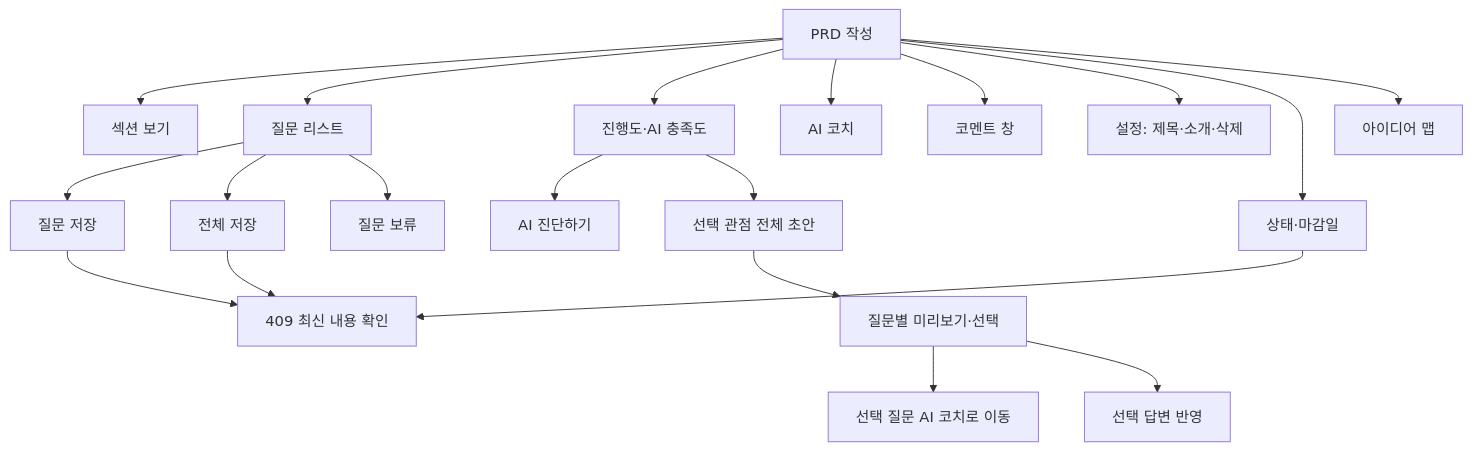
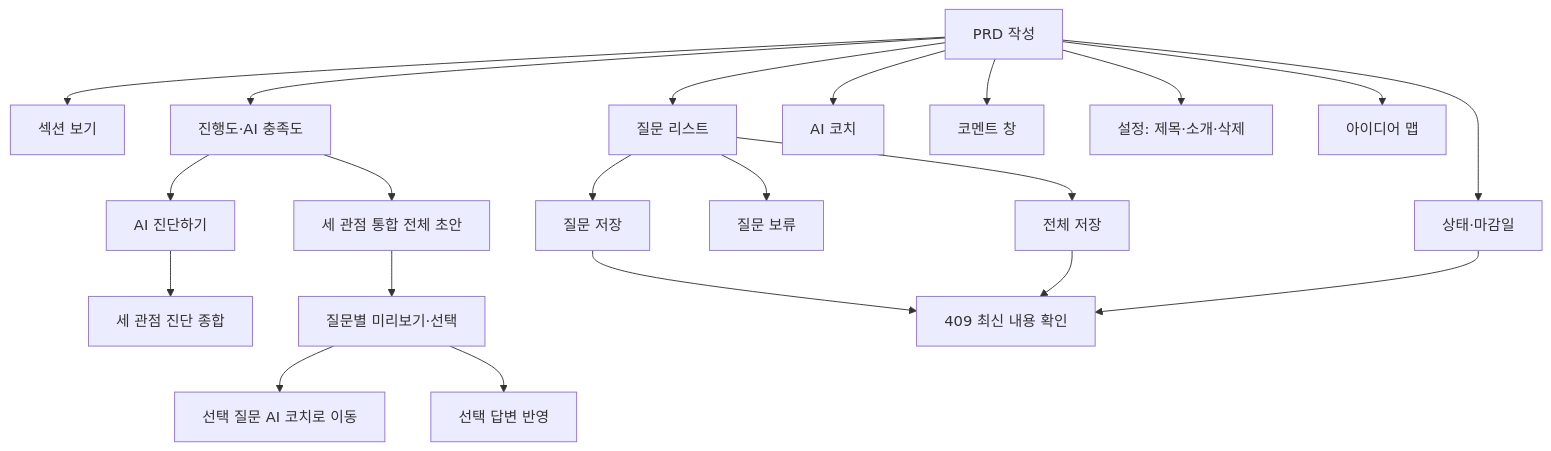
The fourth of 5 diagrams in docs/report/SCREEN_FLOW.md (KANT-2/idea-developer), drawn with Mermaid before and after one commit. The commit also changed other lines of this file and 9 other files, not shown here.

````diff
--- a/docs/report/SCREEN_FLOW.md
+++ b/docs/report/SCREEN_FLOW.md
@@ -98,41 +98,43 @@
 ```mermaid
 flowchart TD
     Detail[PRD 작성]
     Structure[섹션 보기]
     Questions[질문 리스트]
     Progress[진행도·AI 충족도]
     Coach[AI 코치]
     Comments[코멘트 창]
     Settings[설정: 제목·소개·삭제]
     Metadata[상태·마감일]
     SaveOne[질문 저장]
     SaveAll[전체 저장]
     Hold[질문 보류]
     Diagnose[AI 진단하기]
-    PerspectiveDraft[선택 관점 전체 초안]
+    Synthesis[세 관점 진단 종합]
+    PerspectiveDraft[세 관점 통합 전체 초안]
     DraftPreview[질문별 미리보기·선택]
     DraftCoach[선택 질문 AI 코치로 이동]
     DraftApply[선택 답변 반영]
     Brain[아이디어 맵]
     Conflict[409 최신 내용 확인]
 
     Detail --> Structure
     Detail --> Questions
     Detail --> Progress
     Detail --> Coach
     Detail --> Comments
     Detail --> Settings
     Detail --> Metadata
     Questions --> SaveOne
     Questions --> SaveAll
     Questions --> Hold
     Progress --> Diagnose
+    Diagnose --> Synthesis
     Progress --> PerspectiveDraft
     PerspectiveDraft --> DraftPreview
     DraftPreview --> DraftCoach
     DraftPreview --> DraftApply
     Detail --> Brain
     SaveOne --> Conflict
     SaveAll --> Conflict
     Metadata --> Conflict
 ```
````
